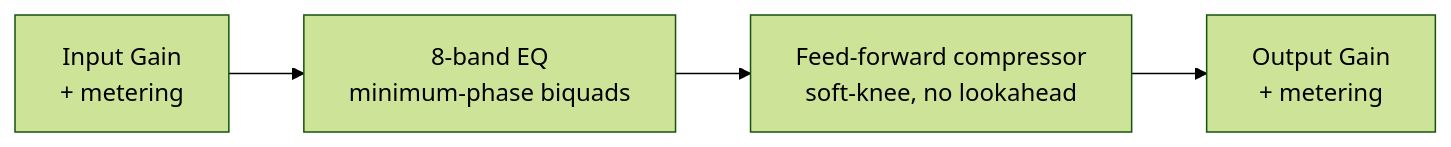
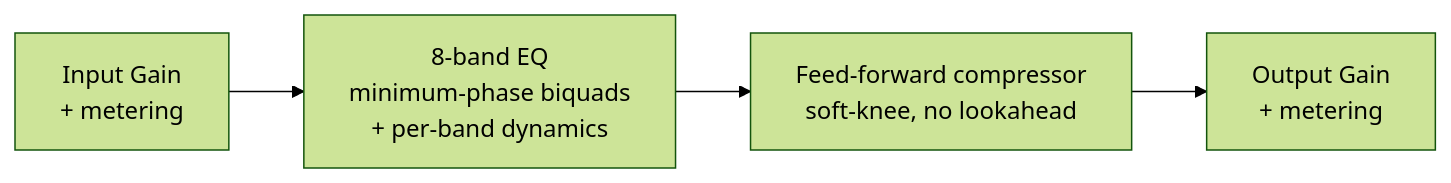
One commit to allansargeant/zero-eq changed the diagram in README.md. Above: the diagram before and after it, drawn with Mermaid (forest theme). The commit also changed other lines of this file and 10 other files, not shown here.

````diff
--- a/README.md
+++ b/README.md
@@ -43,6 +47,6 @@
 ```mermaid
 flowchart LR
-    IN["Input Gain<br/>+ metering"] --> EQ["8-band EQ<br/>minimum-phase biquads"]
+    IN["Input Gain<br/>+ metering"] --> EQ["8-band EQ<br/>minimum-phase biquads<br/>+ per-band dynamics"]
     EQ --> COMP["Feed-forward compressor<br/>soft-knee, no lookahead"]
     COMP --> OUT["Output Gain<br/>+ metering"]
 ```
````
